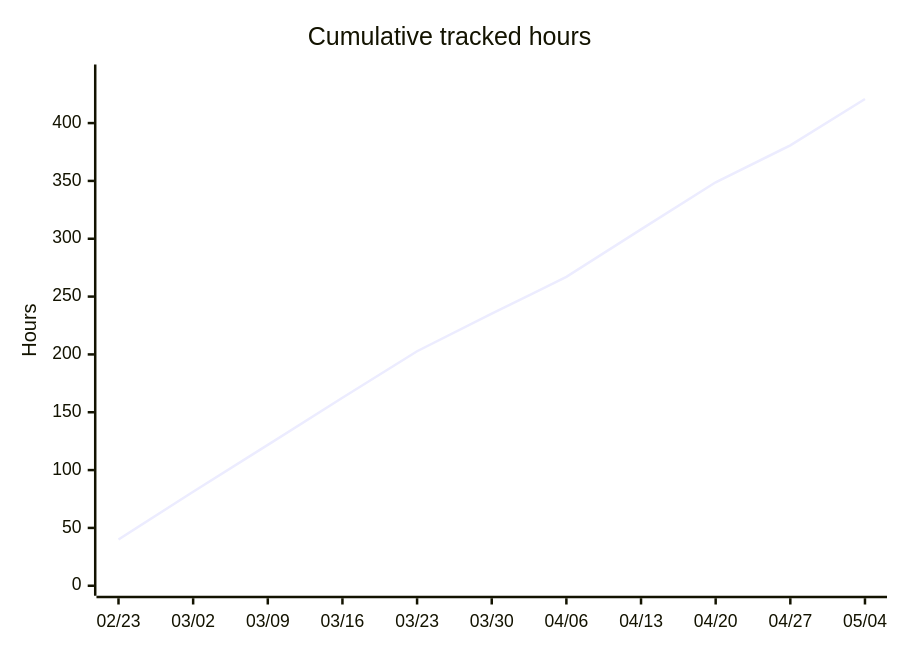
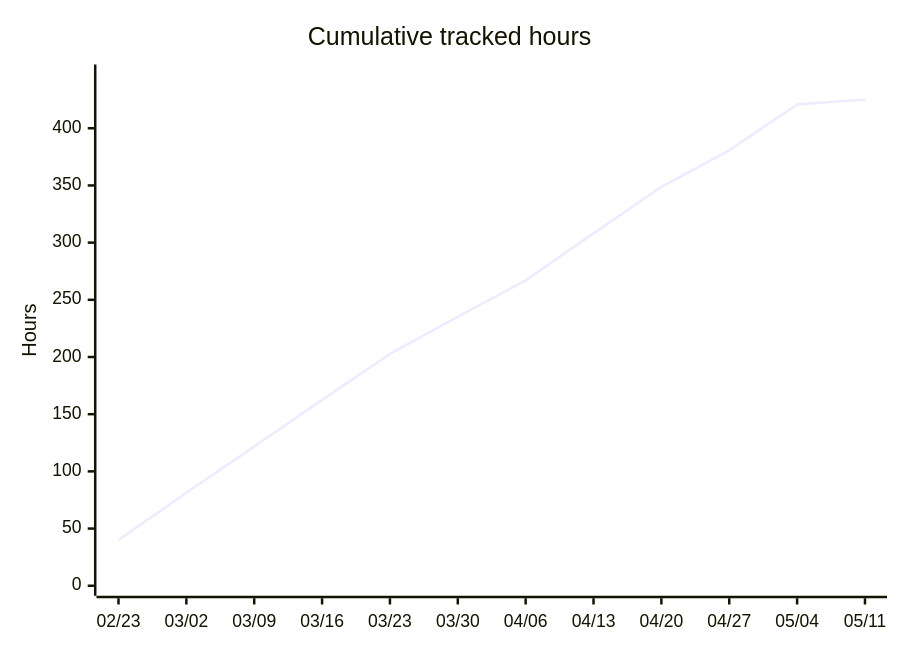
Before and after one commit to albinforsberg-netizen/timeclock: the fifth of 5 diagrams in README.org, drawn with Mermaid. The commit also changed other lines of this file, not shown here.

```diff
--- a/README.org
+++ b/README.org
@@ -124,7 +123,7 @@
 #+begin_src mermaid
 xychart-beta
     title "Cumulative tracked hours"
-    x-axis ["02/23", "03/02", "03/09", "03/16", "03/23", "03/30", "04/06", "04/13", "04/20", "04/27", "05/04"]
-    y-axis "Hours" 0 --> 442
-    line [40.00, 81.25, 121.75, 162.50, 202.75, 235.19, 267.03, 308.11, 348.83, 380.71, 420.81]
+    x-axis ["02/23", "03/02", "03/09", "03/16", "03/23", "03/30", "04/06", "04/13", "04/20", "04/27", "05/04", "05/11"]
+    y-axis "Hours" 0 --> 447
+    line [40.00, 81.25, 121.75, 162.50, 202.75, 235.19, 267.03, 308.11, 348.83, 380.71, 420.81, 425.10]
 #+end_src
```
